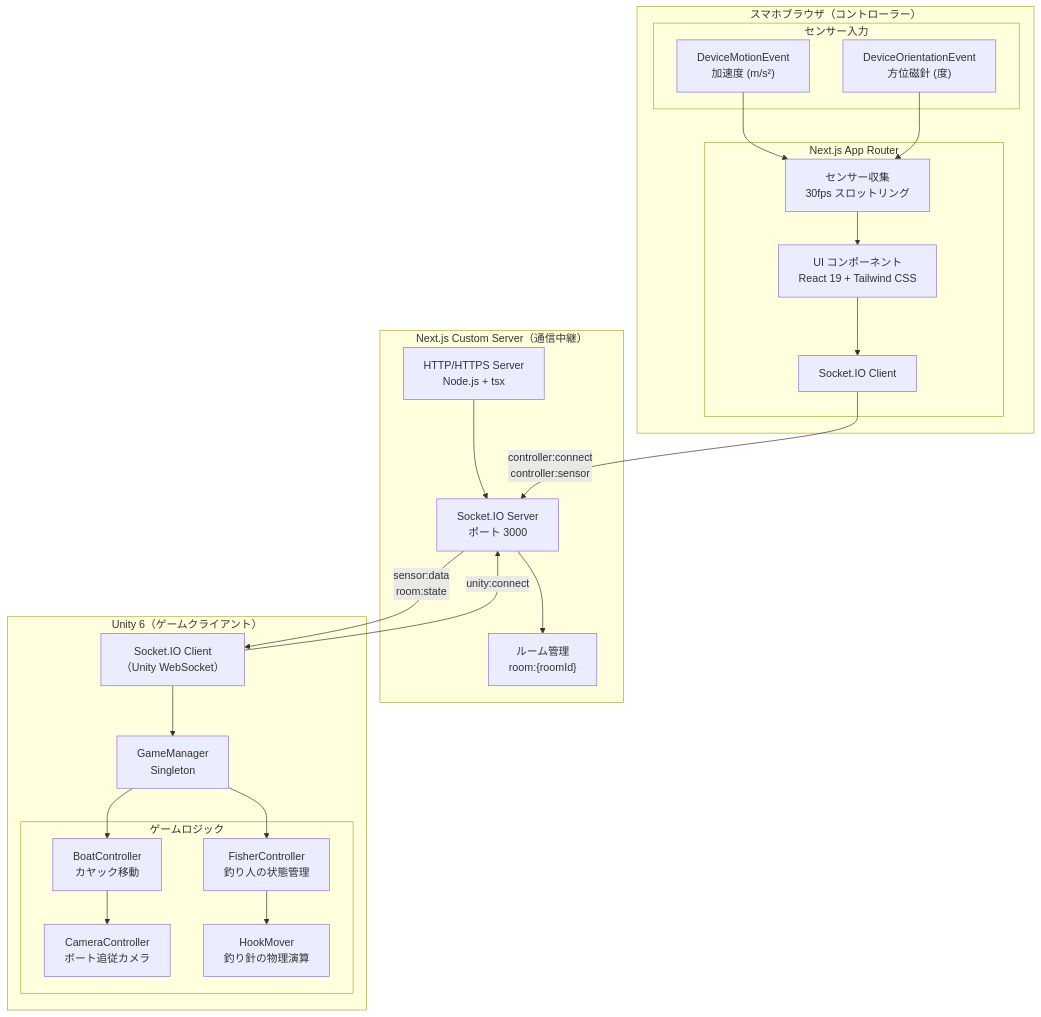
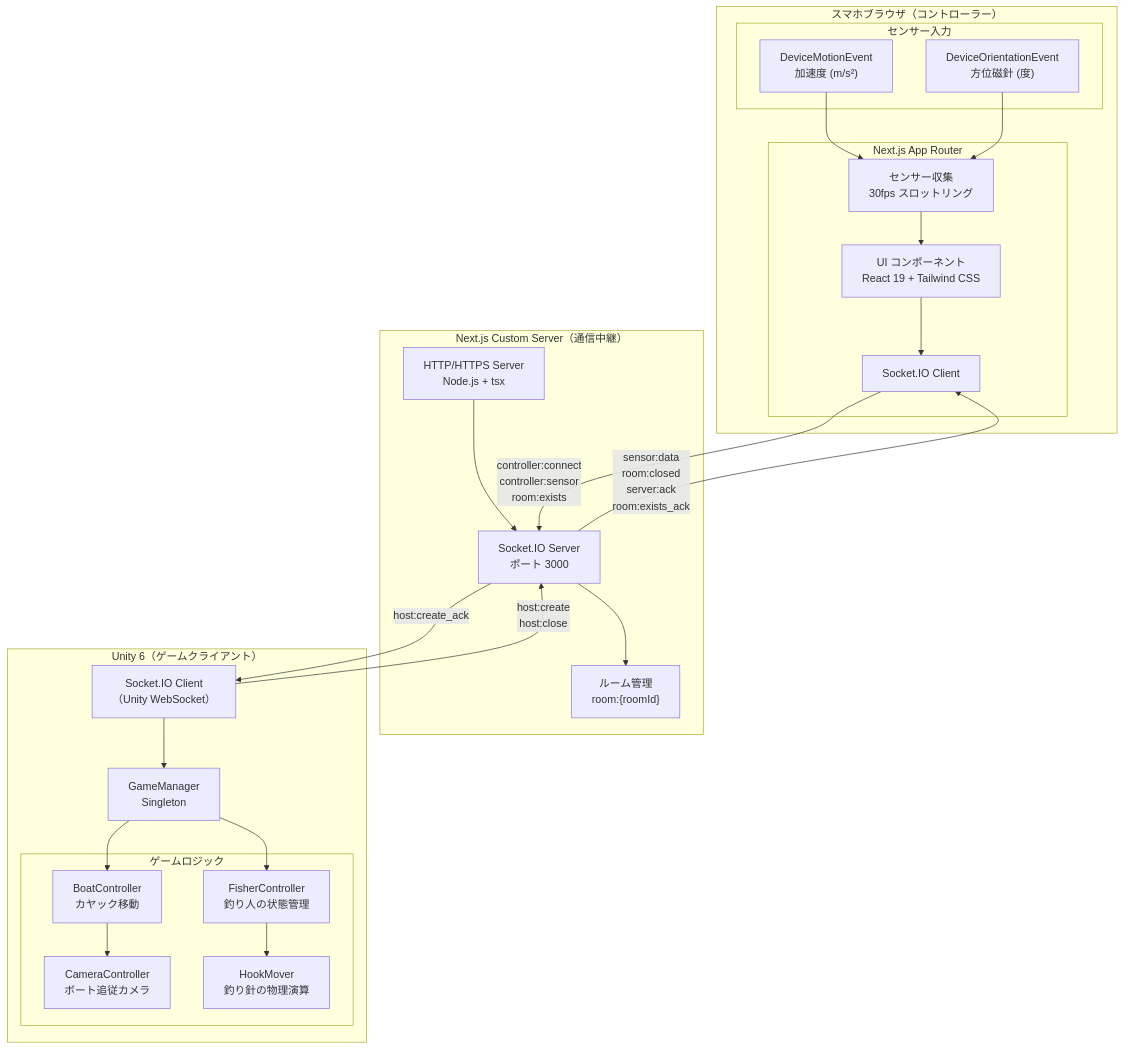
The first of 2 diagrams in docs/03_Architecture.md (guriguri00451/alounity), drawn with Mermaid before and after one commit. The commit also changed other lines of this file and 3 other files, not shown here.

````diff
--- a/docs/03_Architecture.md
+++ b/docs/03_Architecture.md
@@ -5,46 +5,47 @@
 ```mermaid
 graph TB
     subgraph スマホブラウザ["スマホブラウザ（コントローラー）"]
         subgraph センサー入力["センサー入力"]
             DM["DeviceMotionEvent<br/>加速度 (m/s²)"]
             DO["DeviceOrientationEvent<br/>方位磁針 (度)"]
         end
         subgraph Next.js App["Next.js App Router"]
             UI["UI コンポーネント<br/>React 19 + Tailwind CSS"]
             SC["センサー収集<br/>30fps スロットリング"]
             SIOC["Socket.IO Client"]
         end
         DM --> SC
         DO --> SC
         SC --> UI
         UI --> SIOC
     end
 
     subgraph サーバー["Next.js Custom Server（通信中継）"]
         HTTP["HTTP/HTTPS Server<br/>Node.js + tsx"]
         SIOS["Socket.IO Server<br/>ポート 3000"]
         ROOM["ルーム管理<br/>room:{roomId}"]
         HTTP --> SIOS
         SIOS --> ROOM
     end
 
     subgraph Unity["Unity 6（ゲームクライアント）"]
         SIOU["Socket.IO Client<br/>（Unity WebSocket）"]
         GM["GameManager<br/>Singleton"]
         subgraph ゲームロジック["ゲームロジック"]
             FC["FisherController<br/>釣り人の状態管理"]
             BC["BoatController<br/>カヤック移動"]
             CC["CameraController<br/>ボート追従カメラ"]
             HM["HookMover<br/>釣り針の物理演算"]
         end
         SIOU --> GM
         GM --> FC
         GM --> BC
         BC --> CC
         FC --> HM
     end
 
-    SIOC -- "controller:connect<br/>controller:sensor" --> SIOS
-    SIOS -- "sensor:data<br/>room:state" --> SIOU
-    SIOU -- "unity:connect" --> SIOS
+    SIOC -- "controller:connect<br/>controller:sensor<br/>room:exists" --> SIOS
+    SIOS -- "sensor:data<br/>room:closed<br/>server:ack<br/>room:exists_ack" --> SIOC
+    SIOU -- "host:create<br/>host:close" --> SIOS
+    SIOS -- "host:create_ack" --> SIOU
 ```
````
